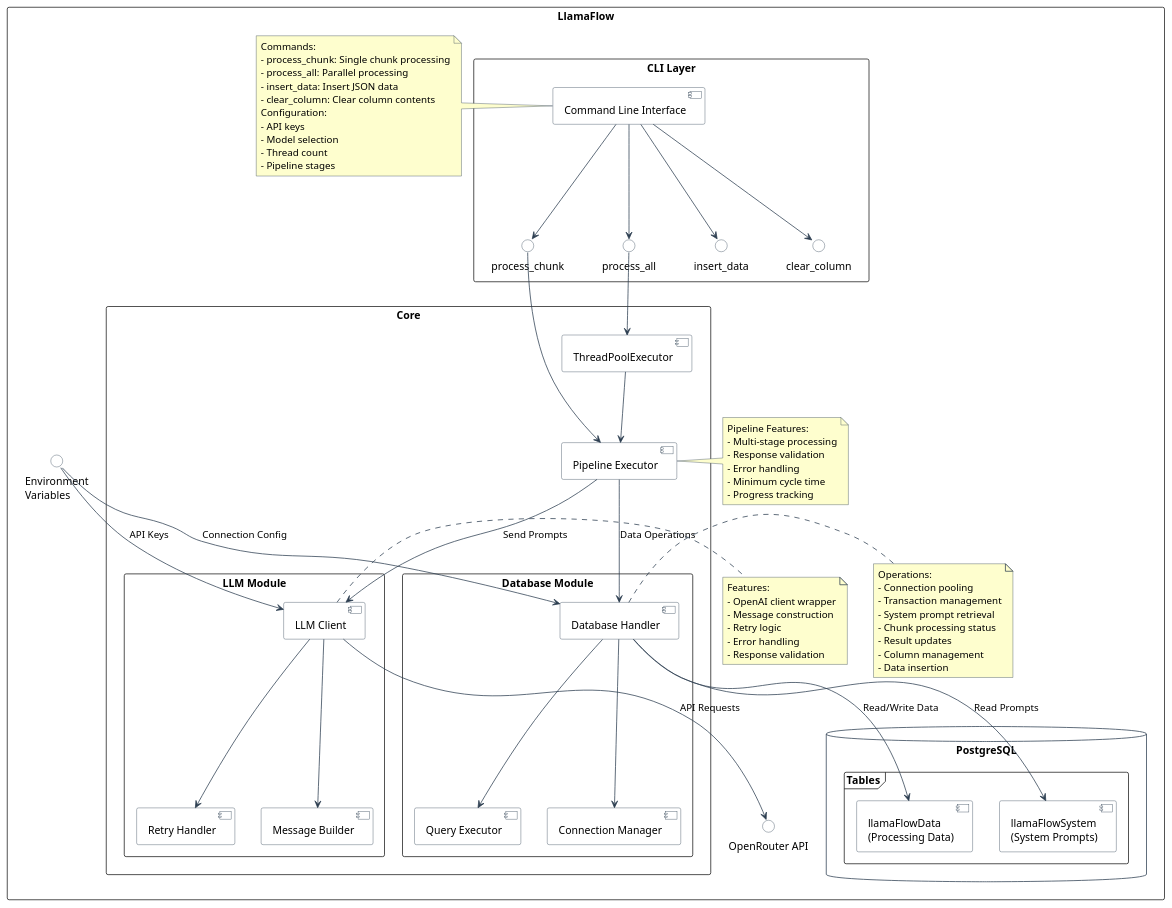
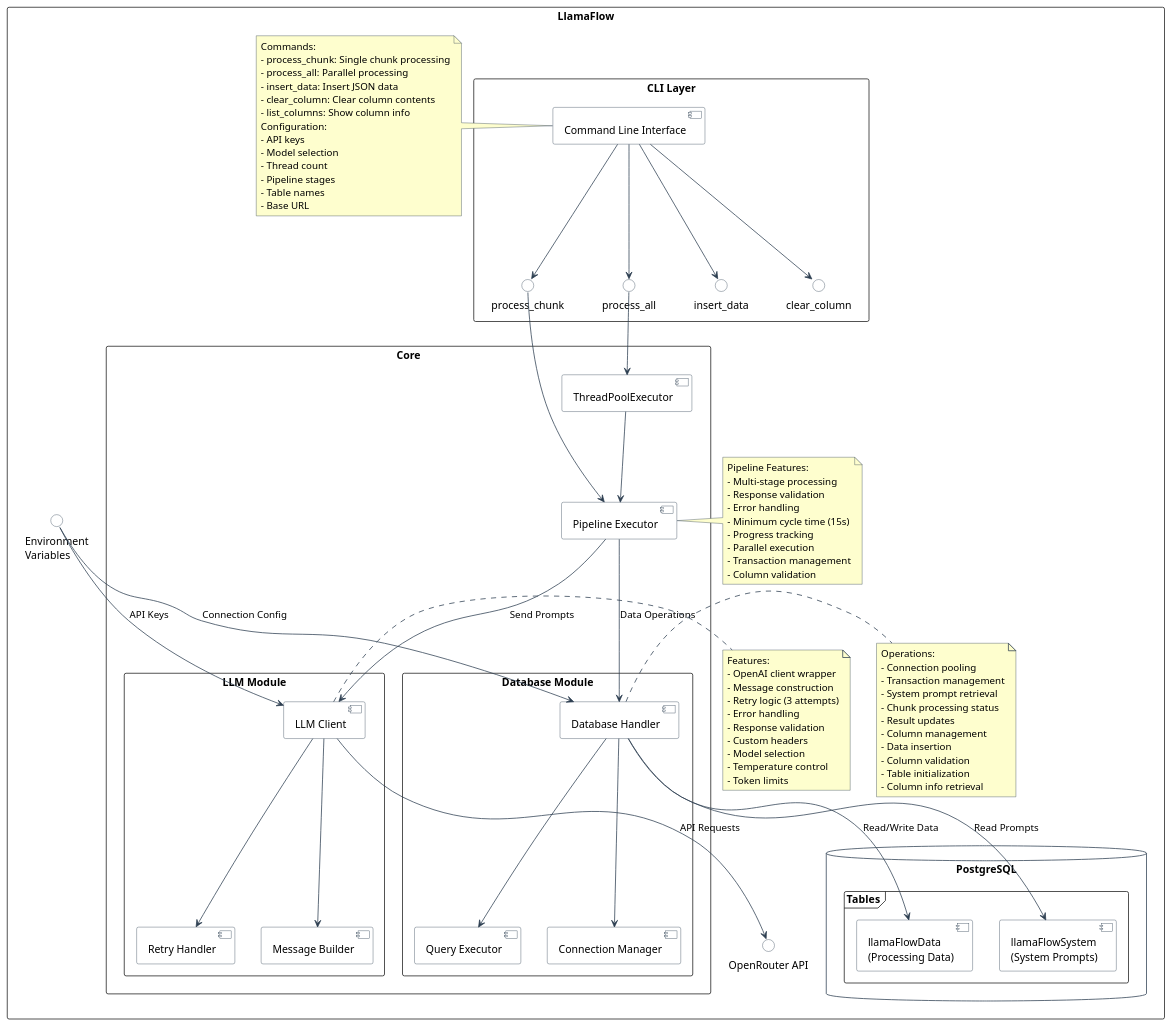
The diagram in llamaflow/architecture.puml (chrismrutherford/cliDataForge), drawn with PlantUML before and after one commit. The commit also changed 1 other file, not shown here.

Commit message:
docs: Update README and architecture with latest features and details

```diff
--- a/llamaflow/architecture.puml
+++ b/llamaflow/architecture.puml
@@ -1,142 +1,155 @@
 @startuml LlamaFlow Architecture
 
 ' Java styling
 skinparam defaultFontName SansSerif
 skinparam backgroundColor white
 skinparam handwritten false
 skinparam shadowing false
 skinparam stereotypeCBackgroundColor white
 skinparam packageStyle rectangle
 
 ' Java-specific styling
 skinparam class {
     BackgroundColor white
     ArrowColor #2C3E50
     BorderColor #2C3E50
 }
 
 skinparam component {
     BackgroundColor white
     BorderColor #2C3E50
     ArrowColor #2C3E50
 }
 
 skinparam interface {
     BackgroundColor white
     BorderColor #2C3E50
 }
 
 skinparam note {
     BackgroundColor #FEFECE
     BorderColor #2C3E50
 }
 
 skinparam database {
     BackgroundColor white
     BorderColor #2C3E50
 }
 
 package "LlamaFlow" {
     package "CLI Layer" {
         [Command Line Interface] as CLI
         interface "process_chunk" as PC
         interface "process_all" as PA
         interface "insert_data" as ID
         interface "clear_column" as CC
         CLI --> PC
         CLI --> PA
         CLI --> ID
         CLI --> CC
     }
 
     package "Core" {
         [Pipeline Executor] as Executor
         [ThreadPoolExecutor] as TPE
         
         package "LLM Module" {
             [LLM Client] as LLM
             [Message Builder] as MB
             [Retry Handler] as RH
             LLM --> MB
             LLM --> RH
         }
         
         package "Database Module" {
             [Database Handler] as DB
             [Connection Manager] as CM
             [Query Executor] as QE
             DB --> CM
             DB --> QE
         }
     }
 
     database "PostgreSQL" {
         frame "Tables" {
             [llamaFlowSystem\n(System Prompts)] as SysTable
             [llamaFlowData\n(Processing Data)] as DataTable
         }
     }
 
     interface "OpenRouter API" as LLMAPI
     interface "Environment\nVariables" as ENV
 
     ' Main Flow
     PC --> Executor
     PA --> TPE
     TPE --> Executor
     Executor --> LLM : "Send Prompts"
     Executor --> DB : "Data Operations"
     
     ' Database Connections
     DB --> SysTable : "Read Prompts"
     DB --> DataTable : "Read/Write Data"
     ENV --> DB : "Connection Config"
     
     ' LLM Connections
     LLM --> LLMAPI : "API Requests"
     ENV --> LLM : "API Keys"
 
     note right of CLI
         Commands:
         - process_chunk: Single chunk processing
         - process_all: Parallel processing
         - insert_data: Insert JSON data
         - clear_column: Clear column contents
+        - list_columns: Show column info
         Configuration:
         - API keys
         - Model selection
         - Thread count
         - Pipeline stages
+        - Table names
+        - Base URL
     end note
 
     note right of Executor
         Pipeline Features:
         - Multi-stage processing
         - Response validation
         - Error handling
-        - Minimum cycle time
+        - Minimum cycle time (15s)
         - Progress tracking
+        - Parallel execution
+        - Transaction management
+        - Column validation
     end note
 
     note right of LLM
         Features:
         - OpenAI client wrapper
         - Message construction
-        - Retry logic
+        - Retry logic (3 attempts)
         - Error handling
         - Response validation
+        - Custom headers
+        - Model selection
+        - Temperature control
+        - Token limits
     end note
 
     note right of DB
         Operations:
         - Connection pooling
         - Transaction management
         - System prompt retrieval
         - Chunk processing status
         - Result updates
         - Column management
         - Data insertion
+        - Column validation
+        - Table initialization
+        - Column info retrieval
     end note
 }
 
 @enduml
```
